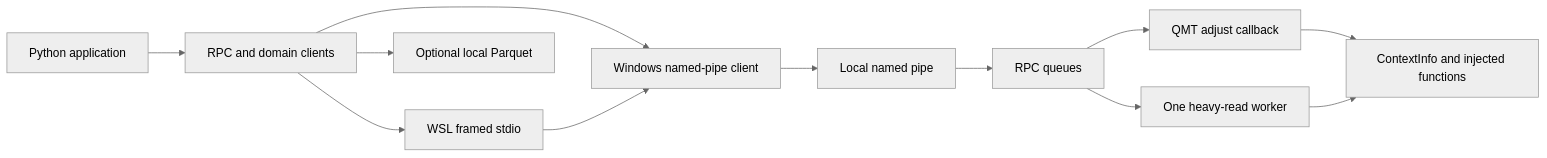
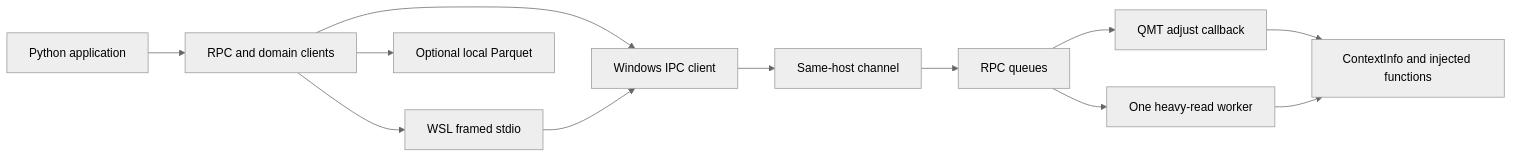
Before and after one commit to shengyy/qmtairlock: the diagram in docs/architecture.md, drawn with Mermaid (neutral theme). The commit also changed other lines of this file and 42 other files, not shown here.

````diff
--- a/docs/architecture.md
+++ b/docs/architecture.md
@@ -3,14 +3,14 @@
 ```mermaid
 flowchart LR
     App[Python application] --> Client[RPC and domain clients]
-    Client --> Win[Windows named-pipe client]
+    Client --> Win[Windows IPC client]
     Client --> Relay[WSL framed stdio]
     Relay --> Win
-    Win --> Pipe[Local named pipe]
+    Win --> Pipe[Same-host channel]
     Pipe --> Queue[RPC queues]
     Queue --> Main[QMT adjust callback]
     Queue --> Heavy[One heavy-read worker]
     Main --> Native[ContextInfo and injected functions]
     Heavy --> Native
     Client --> Cache[Optional local Parquet]
 ```
````
